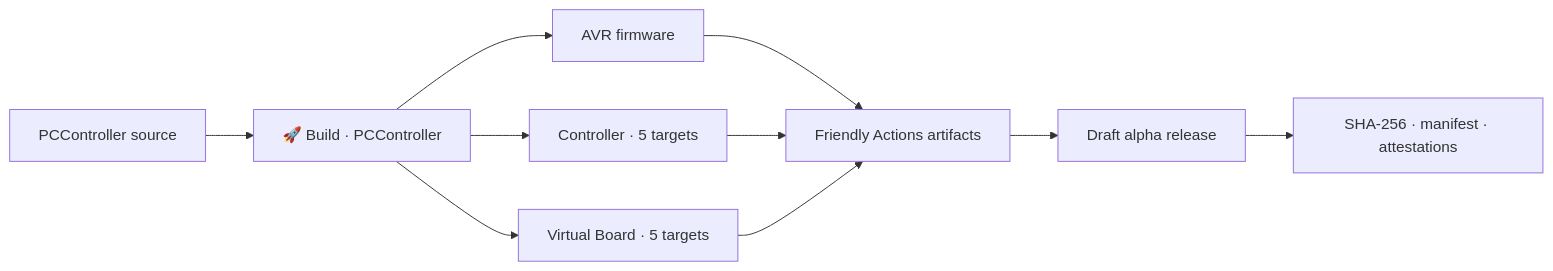
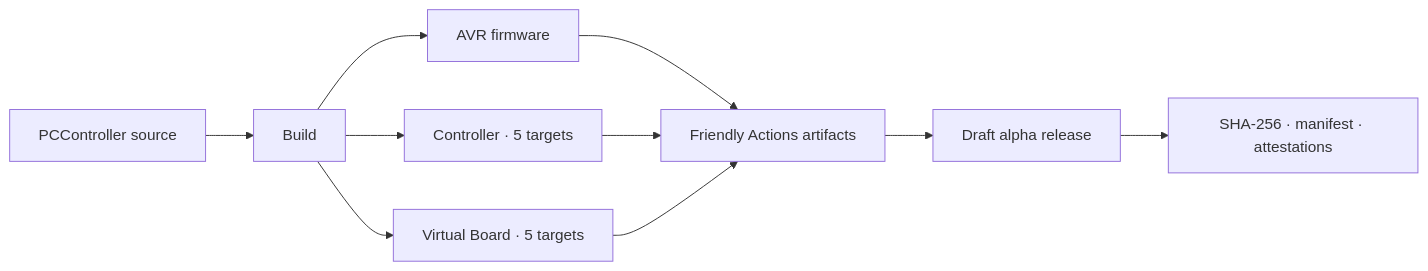
The diagram in README.md (atomicdeploy/PCController), drawn with Mermaid before and after one commit. The commit also changed other lines of this file and 2 other files, not shown here.

````diff
--- a/README.md
+++ b/README.md
@@ -85,12 +87,12 @@
 ```mermaid
 flowchart LR
-    S["PCController source"] --> B["🚀 Build · PCController"]
+    S["PCController source"] --> B["Build"]
     B --> F["AVR firmware"]
     B --> C["Controller · 5 targets"]
     B --> V["Virtual Board · 5 targets"]
     F --> A["Friendly Actions artifacts"]
     C --> A
     V --> A
     A --> R["Draft alpha release"]
     R --> I["SHA-256 · manifest · attestations"]
 ```
````
